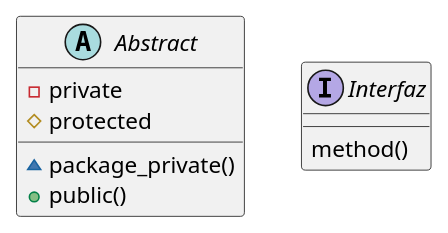
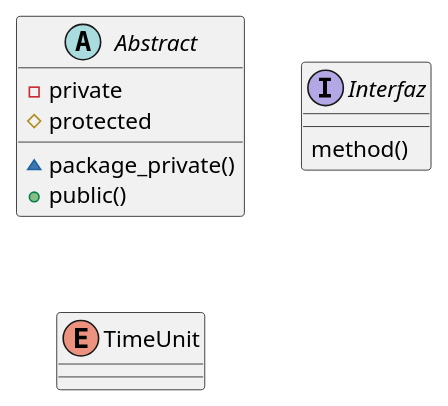
One commit to Espadv69/uml-begginer changed the diagram in uml/diagrama8.puml. Above: the diagram before and after it, drawn with PlantUML.

Commit message:
Update: new method ( enum ).

```diff
--- a/uml/diagrama8.puml
+++ b/uml/diagrama8.puml
@@ -1,16 +1,18 @@
 @startuml diagrama8
 
     abstract Abstract {
         -private
         #protected
         ~package_private()
         +public()
     }
 
     interface Interfaz {
         method()
     }
 
-
+    enum TimeUnit {
+        
+    }
 
 @enduml
```
